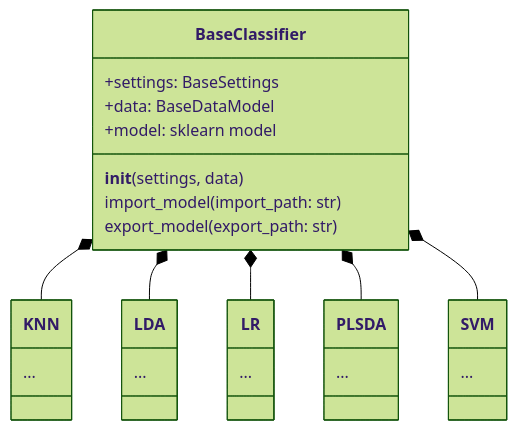
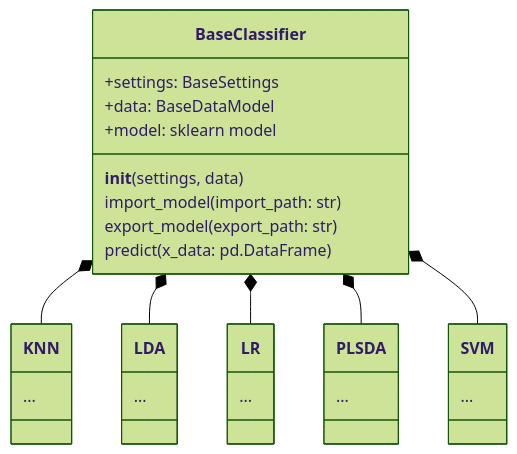
One commit to f-aguzzi/ChemFuseKit changed the second of 3 diagrams in docs/cookbook_versioned_docs/version-2.0.0/structure.md. Above: the diagram before and after it, drawn with Mermaid (forest theme). The commit also changed 9 other files, not shown here.

````diff
--- a/docs/cookbook_versioned_docs/version-2.0.0/structure.md
+++ b/docs/cookbook_versioned_docs/version-2.0.0/structure.md
@@ -91,38 +91,39 @@
 ```mermaid
 classDiagram
     
     class BaseClassifier {
         +settings: BaseSettings
         +data: BaseDataModel
         +model: sklearn model
         __init__(settings, data)
         import_model(import_path: str)
         export_model(export_path: str)
+        predict(x_data: pd.DataFrame)
     }
 
     class KNN {
         ...
     }
 
     class LDA {
         ...
     }
 
     class LR {
         ...
     }
 
     class PLSDA {
         ...
     }
 
     class SVM {
         ...
     }
 
     BaseClassifier *-- KNN
     BaseClassifier *-- LDA
     BaseClassifier *-- LR
     BaseClassifier *-- PLSDA
     BaseClassifier *-- SVM
 ```
````
